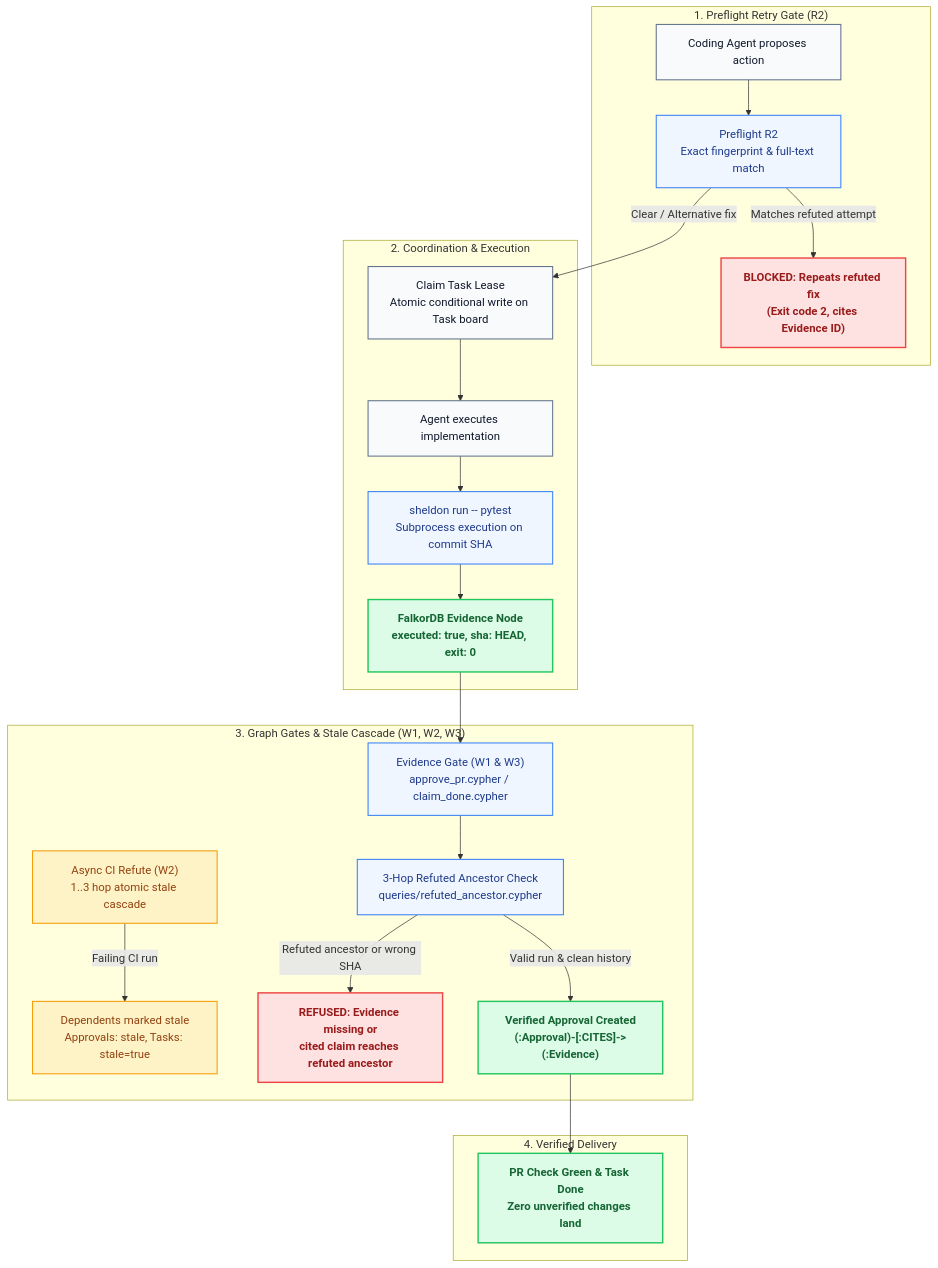
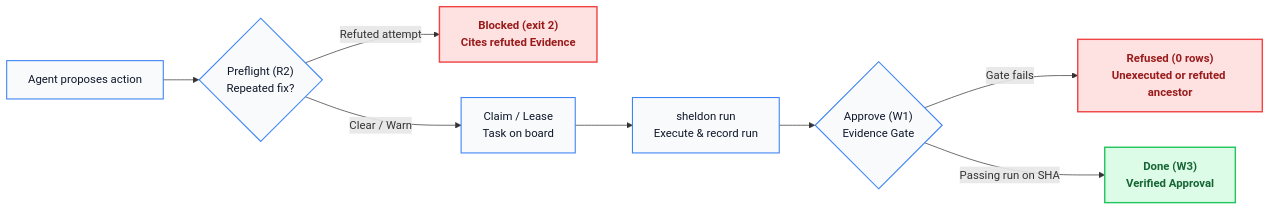
Before and after one commit to nothariharan/sheldon: the first of 2 diagrams in README.md, drawn with Mermaid. The commit also changed other lines of this file and 1 other file, not shown here.

Commit message:
docs: add shields.io badges, streamline how-it-works diagram, keep single banner

````diff
--- a/README.md
+++ b/README.md
@@ -22,48 +25,23 @@
 ```mermaid
-flowchart TD
+flowchart LR
+    classDef step fill:#f8fafc,stroke:#3b82f6,stroke-width:1.5px,color:#0f172a
     classDef refused fill:#fee2e2,stroke:#ef4444,stroke-width:2px,color:#991b1b,font-weight:bold
     classDef ok fill:#dcfce7,stroke:#22c55e,stroke-width:2px,color:#166534,font-weight:bold
-    classDef gate fill:#eff6ff,stroke:#3b82f6,stroke-width:1.5px,color:#1e3a8a
-    classDef action fill:#f8fafc,stroke:#64748b,stroke-width:1.5px,color:#0f172a
-    classDef cascade fill:#fef3c7,stroke:#f59e0b,stroke-width:1.5px,color:#92400e
 
-    subgraph S1 ["1. Preflight Retry Gate (R2)"]
-        Agent["Coding Agent proposes action"]:::action
-        R2["Preflight R2<br/>Exact fingerprint & full-text match"]:::gate
-        BlockR2["BLOCKED: Repeats refuted fix<br/>(Exit code 2, cites Evidence ID)"]:::refused
-        Agent --> R2
-        R2 -- "Matches refuted attempt" --> BlockR2
-    end
+    Agent["Agent proposes action"]:::step
+    R2{"Preflight (R2)<br/>Repeated fix?"}:::step
+    BlockR2["Blocked (exit 2)<br/>Cites refuted Evidence"]:::refused
+    Lease["Claim / Lease<br/>Task on board"]:::step
+    Run["sheldon run<br/>Execute & record run"]:::step
+    W1{"Approve (W1)<br/>Evidence Gate"}:::step
+    BlockW1["Refused (0 rows)<br/>Unexecuted or refuted ancestor"]:::refused
+    Done["Done (W3)<br/>Verified Approval"]:::ok
 
-    subgraph S2 ["2. Coordination & Execution"]
-        Lease["Claim Task Lease<br/>Atomic conditional write on Task board"]:::action
-        Work["Agent executes implementation"]:::action
-        Run["sheldon run -- pytest<br/>Subprocess execution on commit SHA"]:::gate
-        Mint["FalkorDB Evidence Node<br/>executed: true, sha: HEAD, exit: 0"]:::ok
-        
-        R2 -- "Clear / Alternative fix" --> Lease
-        Lease --> Work
-        Work --> Run
-        Run --> Mint
-    end
-
-    subgraph S3 ["3. Graph Gates & Stale Cascade (W1, W2, W3)"]
-        W2["Async CI Refute (W2)<br/>1..3 hop atomic stale cascade"]:::cascade
-        Stale["Dependents marked stale<br/>Approvals: stale, Tasks: stale=true"]:::cascade
-        W1["Evidence Gate (W1 & W3)<br/>approve_pr.cypher / claim_done.cypher"]:::gate
-        CheckAncestor["3-Hop Refuted Ancestor Check<br/>queries/refuted_ancestor.cypher"]:::gate
-        RefuseGate["REFUSED: Evidence missing or<br/>cited claim reaches refuted ancestor"]:::refused
-        Approved["Verified Approval Created<br/>(:Approval)-[:CITES]->(:Evidence)"]:::ok
-
-        W2 -- "Failing CI run" --> Stale
-        Mint --> W1
-        W1 --> CheckAncestor
-        CheckAncestor -- "Refuted ancestor or wrong SHA" --> RefuseGate
-        CheckAncestor -- "Valid run & clean history" --> Approved
-    end
-
-    subgraph S4 ["4. Verified Delivery"]
-        Done["PR Check Green & Task Done<br/>Zero unverified changes land"]:::ok
-        Approved --> Done
-    end
+    Agent --> R2
+    R2 -- "Refuted attempt" --> BlockR2
+    R2 -- "Clear / Warn" --> Lease
+    Lease --> Run
+    Run --> W1
+    W1 -- "Gate fails" --> BlockW1
+    W1 -- "Passing run on SHA" --> Done
 ```
````
